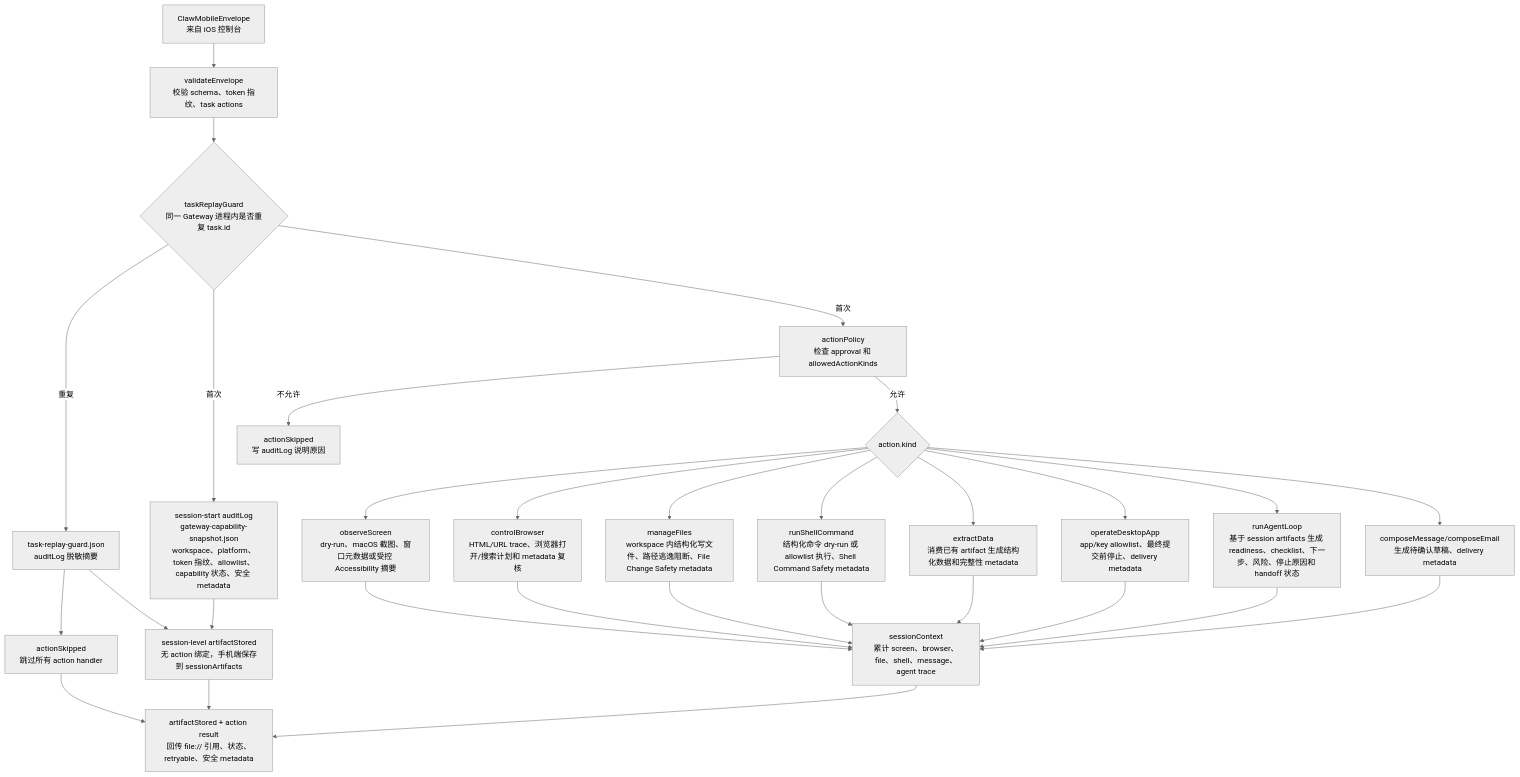
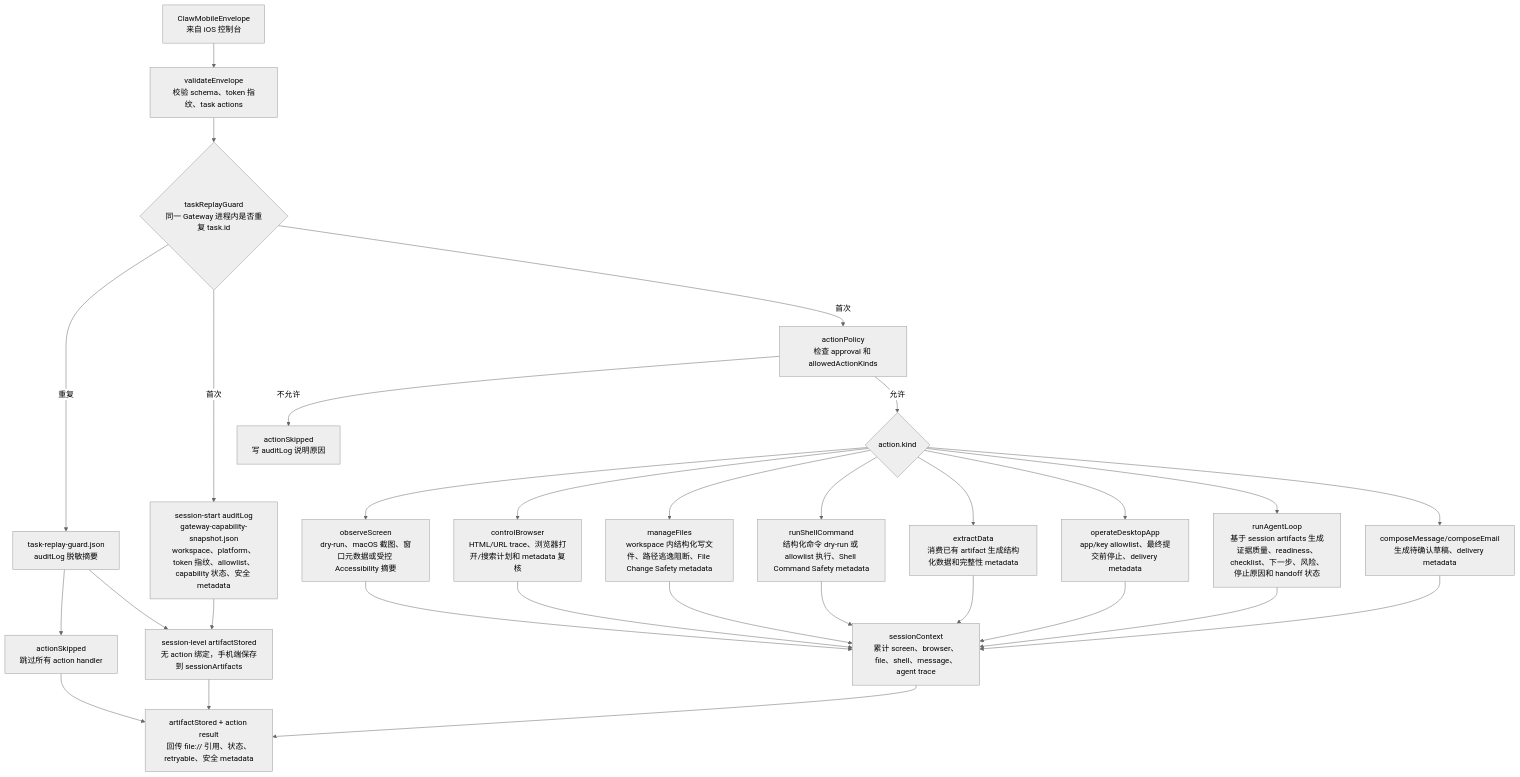
Before and after one commit to Altman-sam114/115: the second of 3 diagrams in md/flow/flowchart.md, drawn with Mermaid (neutral theme). The commit also changed other lines of this file and 9 other files, not shown here.

````diff
--- a/md/flow/flowchart.md
+++ b/md/flow/flowchart.md
@@ -74,32 +74,32 @@
 ```mermaid
 flowchart TD
   ENV["ClawMobileEnvelope<br/>来自 iOS 控制台"] --> VAL["validateEnvelope<br/>校验 schema、token 指纹、task actions"]
   VAL --> REPLAY{"taskReplayGuard<br/>同一 Gateway 进程内是否重复 task.id"}
   REPLAY -->|"重复"| RG["task-replay-guard.json<br/>auditLog 脱敏摘要"]
   RG --> RGS["actionSkipped<br/>跳过所有 action handler"]
   RG --> SOUT
   RGS --> OUT
   REPLAY -->|"首次"| SNAP["session-start auditLog<br/>gateway-capability-snapshot.json<br/>workspace、platform、token 指纹、allowlist、capability 状态、安全 metadata"]
   REPLAY -->|"首次"| POL["actionPolicy<br/>检查 approval 和 allowedActionKinds"]
   POL -->|不允许| SKIP["actionSkipped<br/>写 auditLog 说明原因"]
   POL -->|允许| KIND{"action.kind"}
   KIND --> OBS["observeScreen<br/>dry-run、macOS 截图、窗口元数据或受控 Accessibility 摘要"]
   KIND --> BRO["controlBrowser<br/>HTML/URL trace、浏览器打开/搜索计划和 metadata 复核"]
   KIND --> FILE["manageFiles<br/>workspace 内结构化写文件、路径逃逸阻断、File Change Safety metadata"]
   KIND --> SH["runShellCommand<br/>结构化命令 dry-run 或 allowlist 执行、Shell Command Safety metadata"]
   KIND --> EXT["extractData<br/>消费已有 artifact 生成结构化数据和完整性 metadata"]
   KIND --> APP["operateDesktopApp<br/>app/key allowlist、最终提交前停止、delivery metadata"]
-  KIND --> AG["runAgentLoop<br/>基于 session artifacts 生成 readiness、checklist、下一步、风险、停止原因和 handoff 状态"]
+  KIND --> AG["runAgentLoop<br/>基于 session artifacts 生成证据质量、readiness、checklist、下一步、风险、停止原因和 handoff 状态"]
   KIND --> MSG["composeMessage/composeEmail<br/>生成待确认草稿、delivery metadata"]
   OBS --> CTX["sessionContext<br/>累计 screen、browser、file、shell、message、agent trace"]
   BRO --> CTX
   FILE --> CTX
   SH --> CTX
   EXT --> CTX
   APP --> CTX
   AG --> CTX
   MSG --> CTX
   SNAP --> SOUT["session-level artifactStored<br/>无 action 绑定，手机端保存到 sessionArtifacts"]
   CTX --> OUT["artifactStored + action result<br/>回传 file:// 引用、状态、retryable、安全 metadata"]
   SOUT --> OUT
 ```
````
